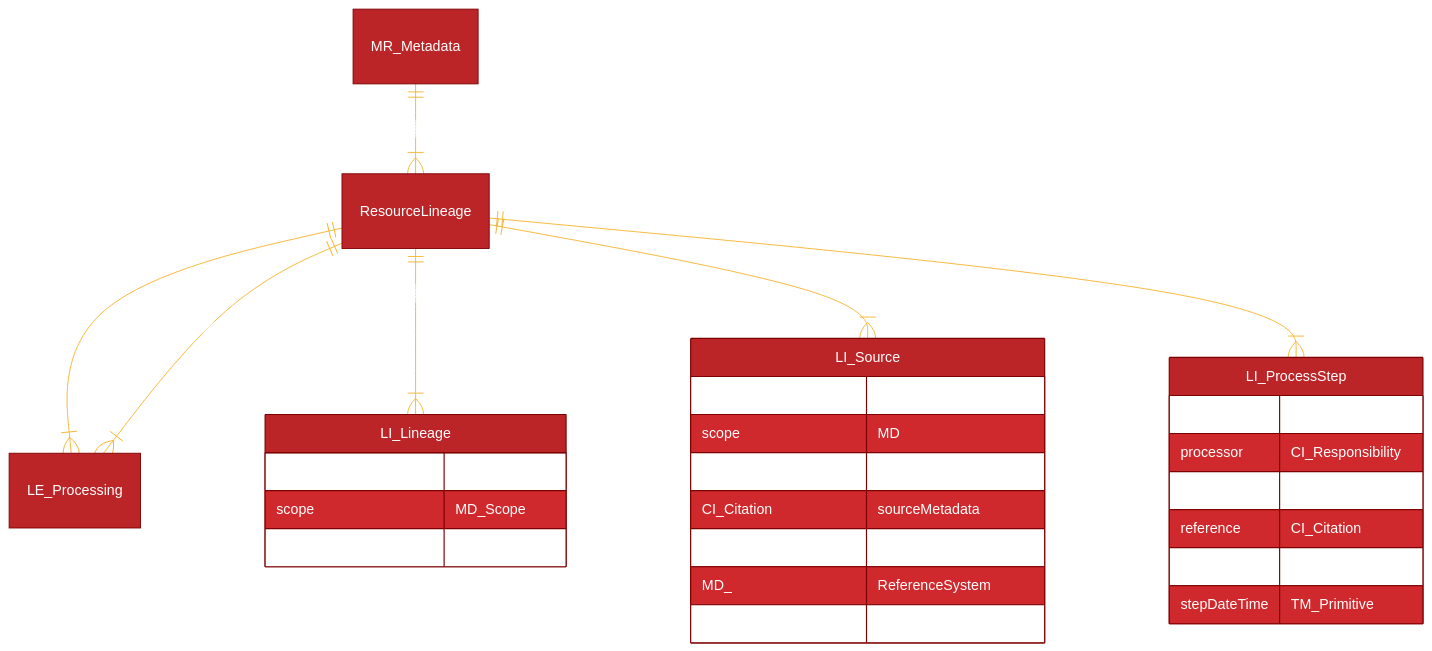
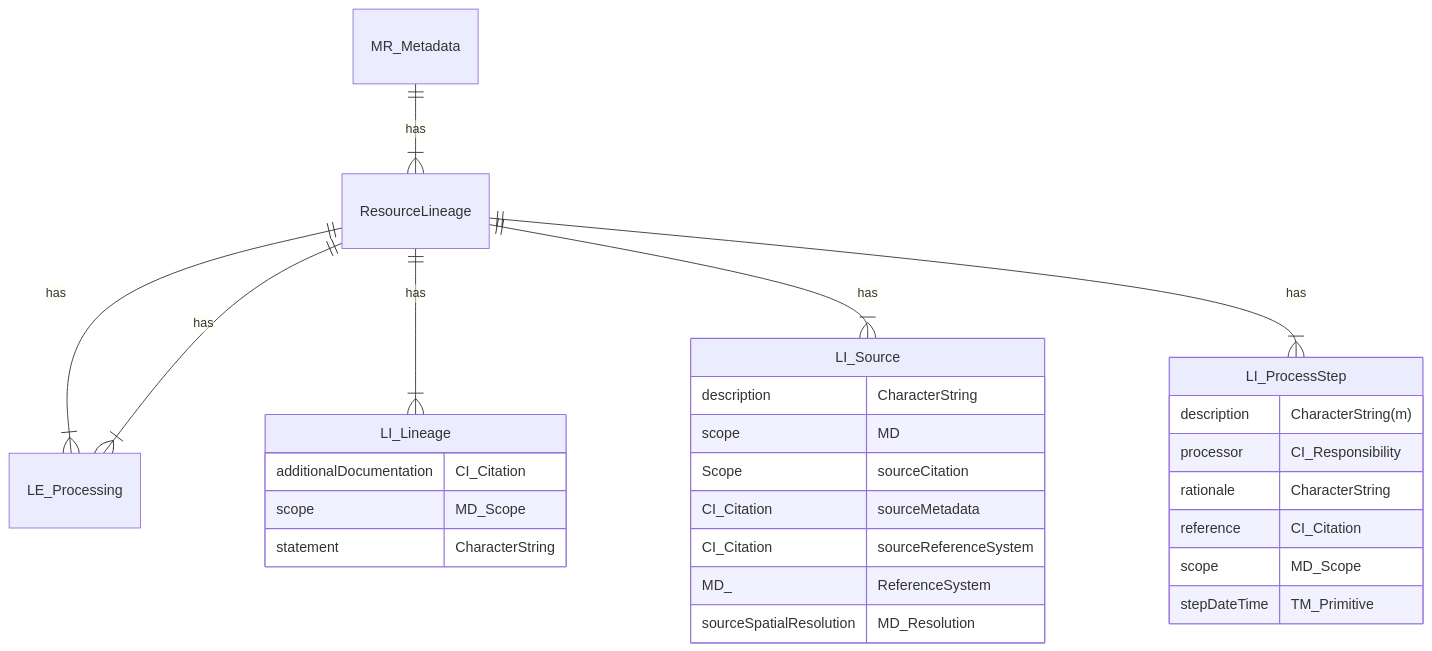
Before and after one commit to fgdcgov/sdi: the diagram in docs/source/references/iso/mrl/LI_Lineage.mmd, drawn with Mermaid.

Commit message:
Update LI_Lineage.mmd - extensive customization

```diff
--- a/docs/source/references/iso/mrl/LI_Lineage.mmd
+++ b/docs/source/references/iso/mrl/LI_Lineage.mmd
@@ -1,55 +1,52 @@
-%%{
-  init: {
-    'theme': 'base',
-    'themeVariables': {
-      'primaryColor': '#BB2528',
-      'primaryTextColor': '#fff',
-      'primaryBorderColor': '#7C0000',
-      'lineColor': '#F8B229',
-      'secondaryColor': '#006100',
-      'tertiaryColor': '#fff',
-      'noteTextColor': '#000'
-    }
-  }
-}%%
+%%{init: {
+  "theme": "default",
+  "themeCSS": [
+    ".er.relationshipLabel { fill: black; }", 
+    ".er.relationshipLabelBox { fill: white; }", 
+    ".er.entityBox { fill: lightgray; }",
+    "[id^=entity-some] .er.entityBox { fill: lightgreen;} ",
+    "[id^=entity-mytable] .er.entityBox { fill: powderblue;} ",
+    "[id^=entity-anothertable] .er.entityBox { fill: pink;} "
+    ]
+}}%%
 erDiagram
 %% use this link to find the standard 
 %%https//schemas.isotc211.org/19115/-3/mrl/2.0/
 %% https//schemas.isotc211.org/19115/-3/mrl/2.0/mrl/#element_LE_Algorithm
 
 %% Identify the first level hierarchy
 MR_Metadata
 MR_Metadata ||--|{ResourceLineage : "has"
 
 %% Identify the second level hierarchy
 
 ResourceLineage
 
     ResourceLineage ||--|{LE_Processing : "has"
     ResourceLineage ||--|{LI_Lineage : "has"
     ResourceLineage ||--|{LI_Source : "has"
     ResourceLineage ||--|{LI_ProcessStep : "has"
     ResourceLineage ||--|{LE_Processing : "has"
     
     LE_Processing
     LI_ProcessStep {
         description CharacterString(m)
         processor  CI_Responsibility
         rationale CharacterString
         reference CI_Citation
         scope MD_Scope
         stepDateTime TM_Primitive
     }
     LI_Source {
         description CharacterString 
         scope MD Scope
         sourceCitation CI_Citation
         sourceMetadata CI_Citation
         sourceReferenceSystem MD_ ReferenceSystem
         sourceSpatialResolution MD_Resolution
     }
     LI_Lineage {
         additionalDocumentation CI_Citation
         scope MD_Scope 
         statement CharacterString 
     }
```
